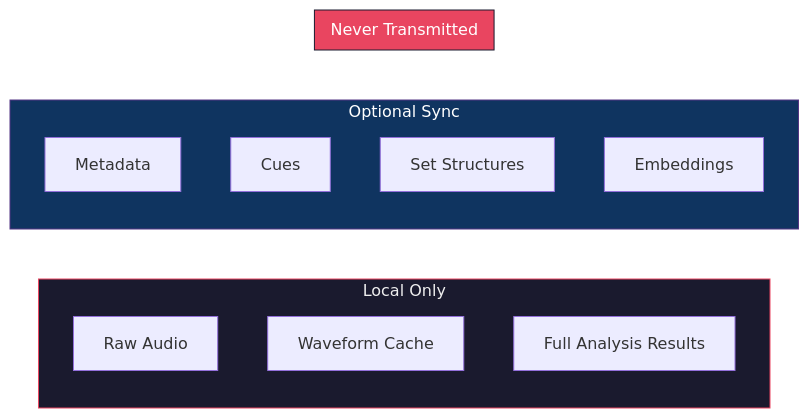
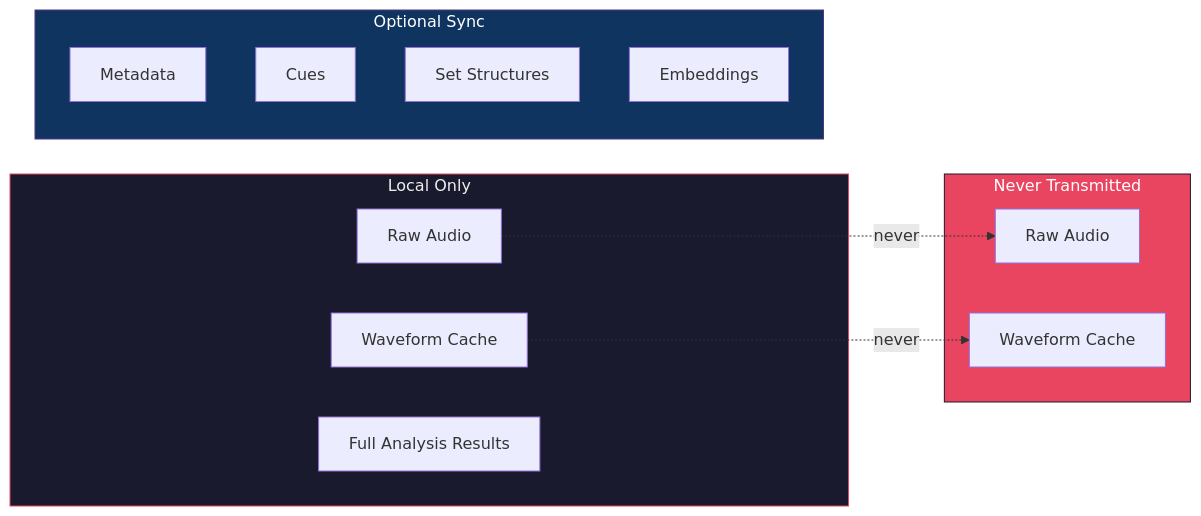
One commit to iDorgham/DJ-Assistant changed the second of 2 diagrams in docs/diagrams/06-data-model.md. Above: the diagram before and after it, drawn with Mermaid. The commit also changed other lines of this file and 62 other files, not shown here.

First line of the commit message:
docs(plan,architecture,diagrams,context): polish SDD plan + sync docs with shipped code

````diff
--- a/docs/diagrams/06-data-model.md
+++ b/docs/diagrams/06-data-model.md
@@ -74,24 +71,27 @@
 ```mermaid
 flowchart LR
     subgraph Local["Local Only"]
-        A[Raw Audio]
-        B[Waveform Cache]
-        C[Full Analysis Results]
+        L_A[Raw Audio]
+        L_B[Waveform Cache]
+        L_C[Full Analysis Results]
     end
 
     subgraph Optional["Optional Sync"]
-        D[Metadata]
-        E[Cues]
-        F[Set Structures]
-        G[Embeddings]
+        O_D[Metadata]
+        O_E[Cues]
+        O_F[Set Structures]
+        O_G[Embeddings]
     end
 
     subgraph Never["Never Transmitted"]
-        A
-        B
+        N_A[Raw Audio]
+        N_B[Waveform Cache]
     end
+
+    L_A -.->|never| N_A
+    L_B -.->|never| N_B
 
     style Local fill:#1a1a2e,stroke:#e94560,color:#eee
     style Optional fill:#0f3460,stroke:#533483,color:#fff
     style Never fill:#e94560,stroke:#1a1a2e,color:#fff
 ```
````
